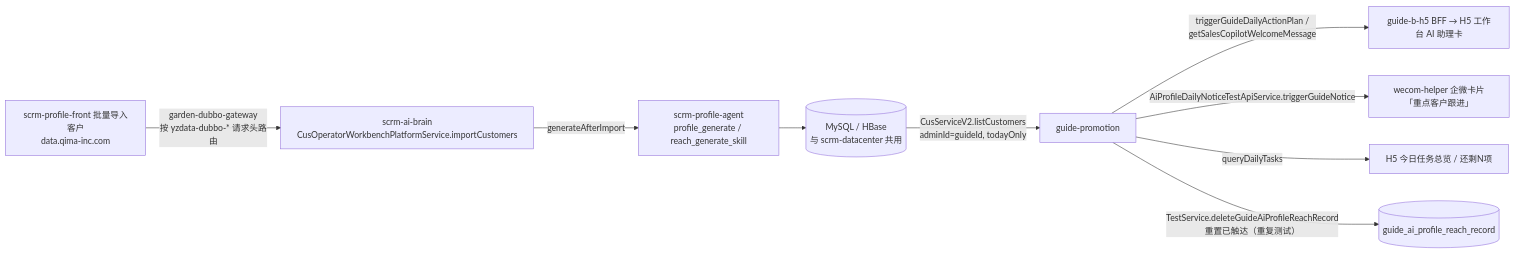
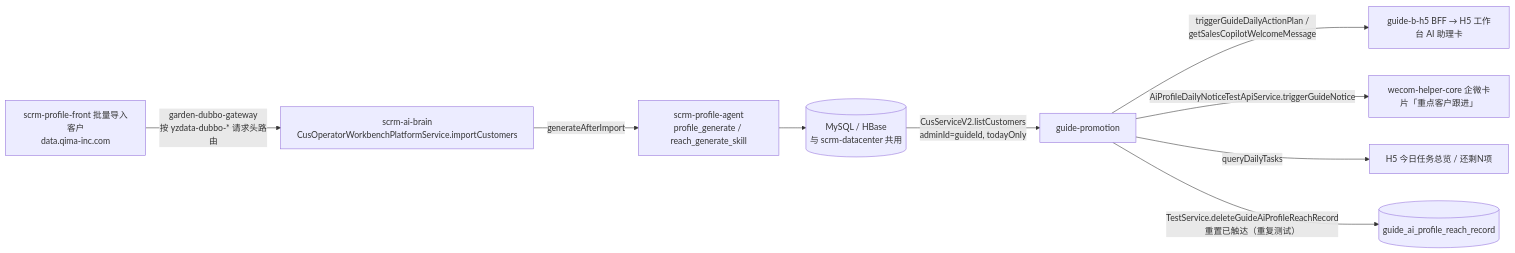
Before and after one commit to zhangleilaoge/briar-display: the diagram in packages/briar-skills/briar-youzan-ai-profile-push/SKILL.md, drawn with Mermaid. The commit also changed other lines of this file and 3 other files, not shown here.

````diff
--- a/packages/briar-skills/briar-youzan-ai-profile-push/SKILL.md
+++ b/packages/briar-skills/briar-youzan-ai-profile-push/SKILL.md
@@ -45,11 +45,11 @@
 ```mermaid
 flowchart LR
   A[scrm-profile-front 批量导入客户<br/>data.qima-inc.com] -->|garden-dubbo-gateway<br/>按 yzdata-dubbo-* 请求头路由| B[scrm-ai-brain<br/>CusOperatorWorkbenchPlatformService.importCustomers]
   B -->|generateAfterImport| C[scrm-profile-agent<br/>profile_generate / reach_generate_skill]
   C --> D[(MySQL / HBase<br/>与 scrm-datacenter 共用)]
   D -->|CusServiceV2.listCustomers<br/>adminId=guideId, todayOnly| E[guide-promotion]
   E -->|triggerGuideDailyActionPlan /<br/>getSalesCopilotWelcomeMessage| F[guide-b-h5 BFF → H5 工作台 AI 助理卡]
-  E -->|AiProfileDailyNoticeTestApiService.triggerGuideNotice| G[wecom-helper 企微卡片「重点客户跟进」]
+  E -->|AiProfileDailyNoticeTestApiService.triggerGuideNotice| G[wecom-helper-core 企微卡片「重点客户跟进」]
   E -->|queryDailyTasks| H[H5 今日任务总览 / 还剩N项]
   E -->|TestService.deleteGuideAiProfileReachRecord<br/>重置已触达（重复测试）| I[(guide_ai_profile_reach_record)]
 ```
````
